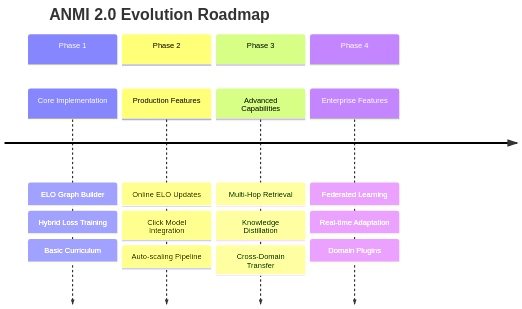
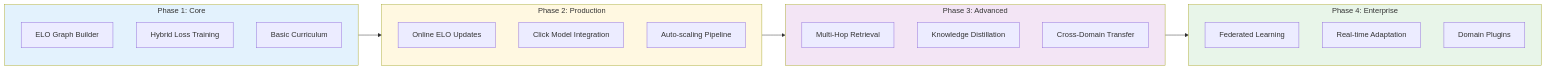
Diagram 22 of 29 in ANMI_comparision.md (Pendu/Advanced-Retreival-and-Re-ranking), drawn with Mermaid before and after one commit. The commit also changed other lines of this file, not shown here.

Commit message:
Fixed the flow diagrams in the comparision file.

````diff
--- a/ANMI_comparision.md
+++ b/ANMI_comparision.md
@@ -997,24 +996,33 @@
 ```mermaid
-timeline
-    title ANMI 2.0 Evolution Roadmap
+flowchart LR
+    subgraph P1[Phase 1: Core]
+        P1A[ELO Graph Builder]
+        P1B[Hybrid Loss Training]
+        P1C[Basic Curriculum]
+    end
     
-    section Phase 1
-        Core Implementation : ELO Graph Builder
-                           : Hybrid Loss Training
-                           : Basic Curriculum
+    subgraph P2[Phase 2: Production]
+        P2A[Online ELO Updates]
+        P2B[Click Model Integration]
+        P2C[Auto-scaling Pipeline]
+    end
     
-    section Phase 2
-        Production Features : Online ELO Updates
-                           : Click Model Integration
-                           : Auto-scaling Pipeline
+    subgraph P3[Phase 3: Advanced]
+        P3A[Multi-Hop Retrieval]
+        P3B[Knowledge Distillation]
+        P3C[Cross-Domain Transfer]
+    end
     
-    section Phase 3
-        Advanced Capabilities : Multi-Hop Retrieval
-                             : Knowledge Distillation
-                             : Cross-Domain Transfer
+    subgraph P4[Phase 4: Enterprise]
+        P4A[Federated Learning]
+        P4B[Real-time Adaptation]
+        P4C[Domain Plugins]
+    end
     
-    section Phase 4
-        Enterprise Features : Federated Learning
-                           : Real-time Adaptation
-                           : Domain Plugins
+    P1 --> P2 --> P3 --> P4
+    
+    style P1 fill:#e3f2fd
+    style P2 fill:#fff8e1
+    style P3 fill:#f3e5f5
+    style P4 fill:#e8f5e9
 ```
````
